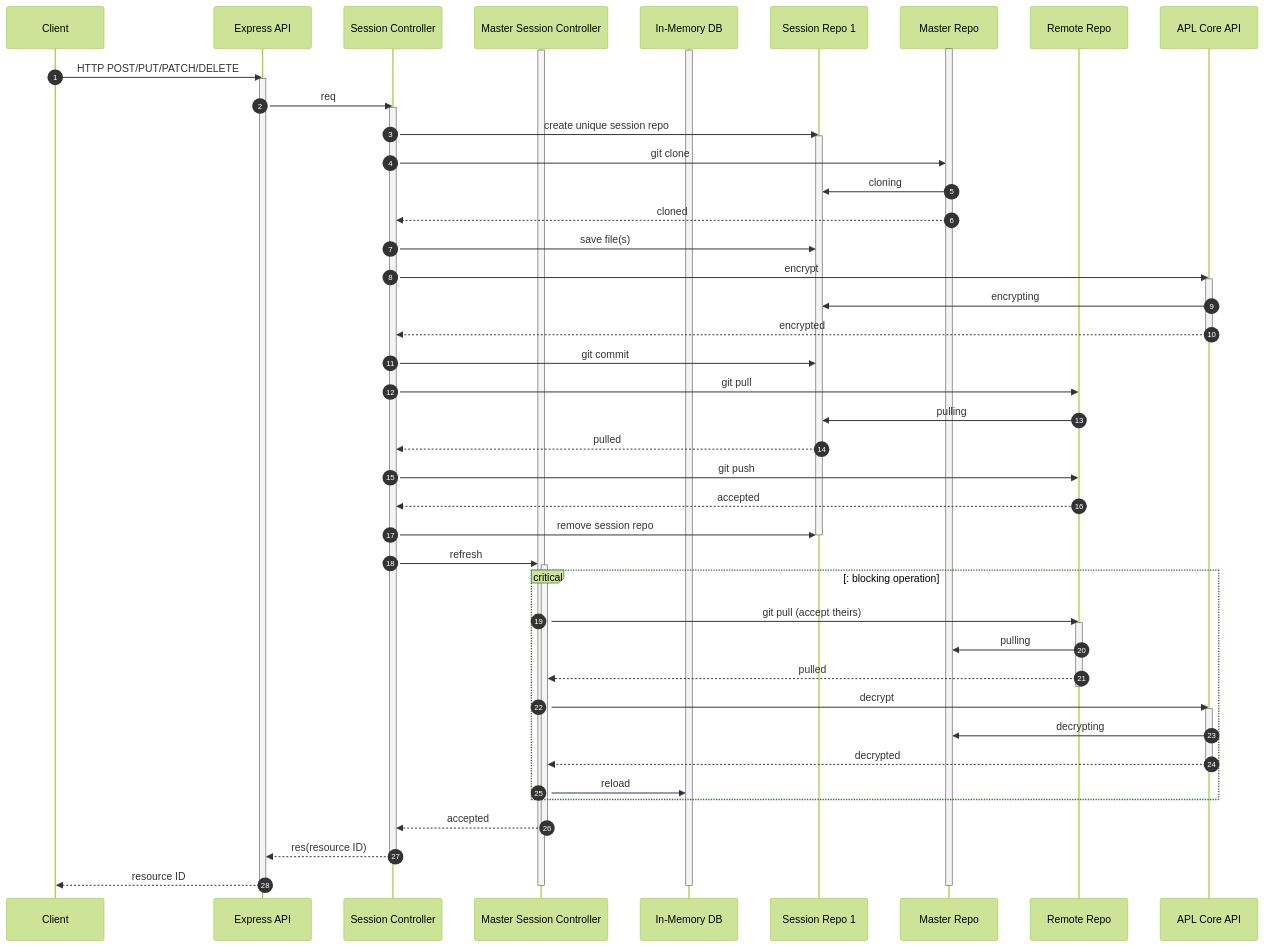
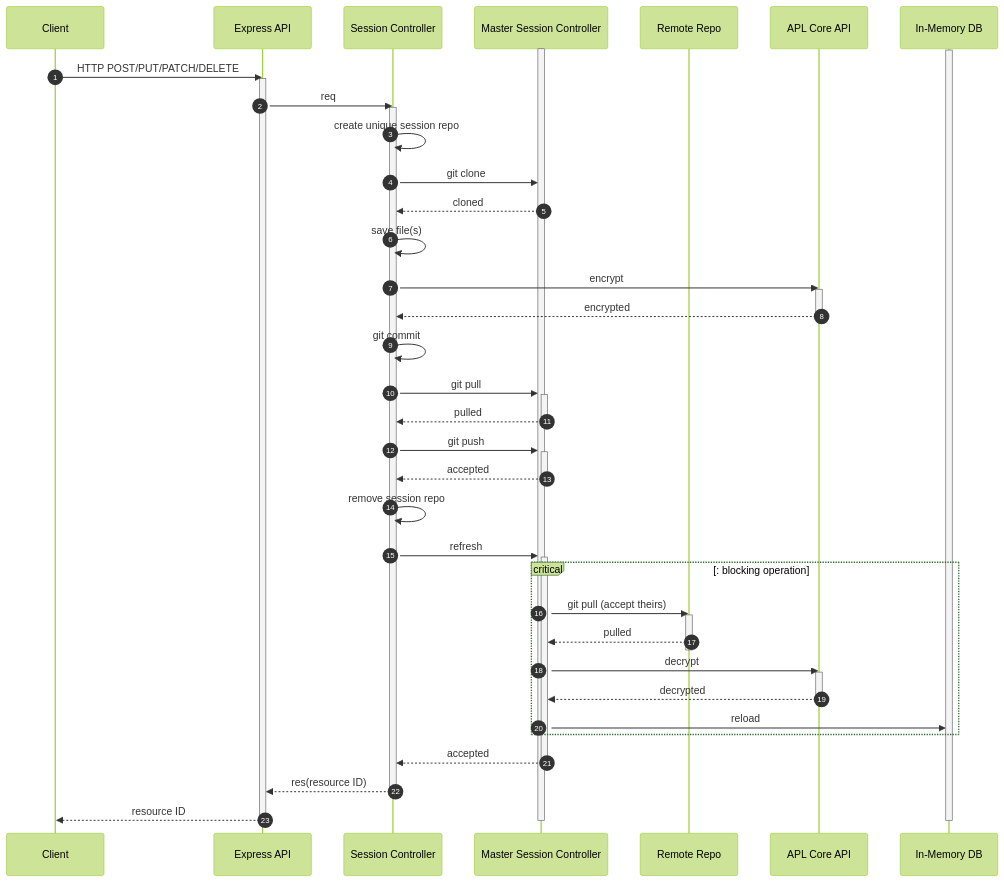
Before and after one commit to linode/apl-api: the first of 4 diagrams in docs/gitops.md, drawn with Mermaid (forest theme). The commit also changed other lines of this file, not shown here.

````diff
--- a/docs/gitops.md
+++ b/docs/gitops.md
@@ -11,66 +12,58 @@
 ```mermaid
 sequenceDiagram
     autonumber
     participant Client as Client
     participant API as Express API
     participant SC as Session Controller
     participant MC as Master Session Controller
-    participant IMDB as In-Memory DB
-    participant SR as Session Repo 1
-    participant MR as Master Repo
     participant RR as Remote Repo
     participant ACA as APL Core API
-
-    activate MR
+    participant IMDB as In-Memory DB
     activate MC
     activate IMDB
     Client->>API: HTTP POST/PUT/PATCH/DELETE
     activate API
     API->>SC: req
     activate SC
-    SC->>SR: create unique session repo
-    activate SR
-    SC->>MR: git clone
-    MR->>SR: cloning
-    MR-->>SC: cloned
-    SC->>SR: save file(s)
+    SC->>SC: create unique session repo
+    SC->>MC: git clone
+    MC-->>SC: cloned
+    SC->>SC: save file(s)
     SC->>ACA: encrypt
     activate ACA
-    ACA->>SR: encrypting
     ACA-->>SC: encrypted
     deactivate ACA
-    SC->>SR: git commit
-    SC->>RR: git pull
-    RR->>SR: pulling
-    SR-->>SC: pulled
-    SC->>RR: git push
-    RR-->>SC: accepted
-    SC->>SR: remove session repo
-    deactivate SR
+    SC->>SC: git commit
+    SC->>MC: git pull
+    activate MC
+    MC-->>SC: pulled
+    deactivate MC
+    SC->>MC: git push
+    activate MC
+    MC-->>SC: accepted
+    deactivate MC
+    SC->>SC: remove session repo
     SC->>MC: refresh
     activate MC
     critical: blocking operation
     MC->>RR: git pull (accept theirs)
     activate RR
-    RR->>MR: pulling
     RR-->>MC: pulled
     deactivate RR
     activate RR
     deactivate RR
     MC->>ACA: decrypt
     activate ACA
-    ACA->>MR: decrypting
     ACA-->>MC: decrypted
     deactivate ACA
     MC->>IMDB: reload
     end
     MC-->>SC: accepted
     deactivate MC
     SC-->>API: res(resource ID)
     deactivate SC
     API-->>Client: resource ID
     deactivate API
-    deactivate MR
     deactivate MC
     deactivate IMDB
 ```
````
